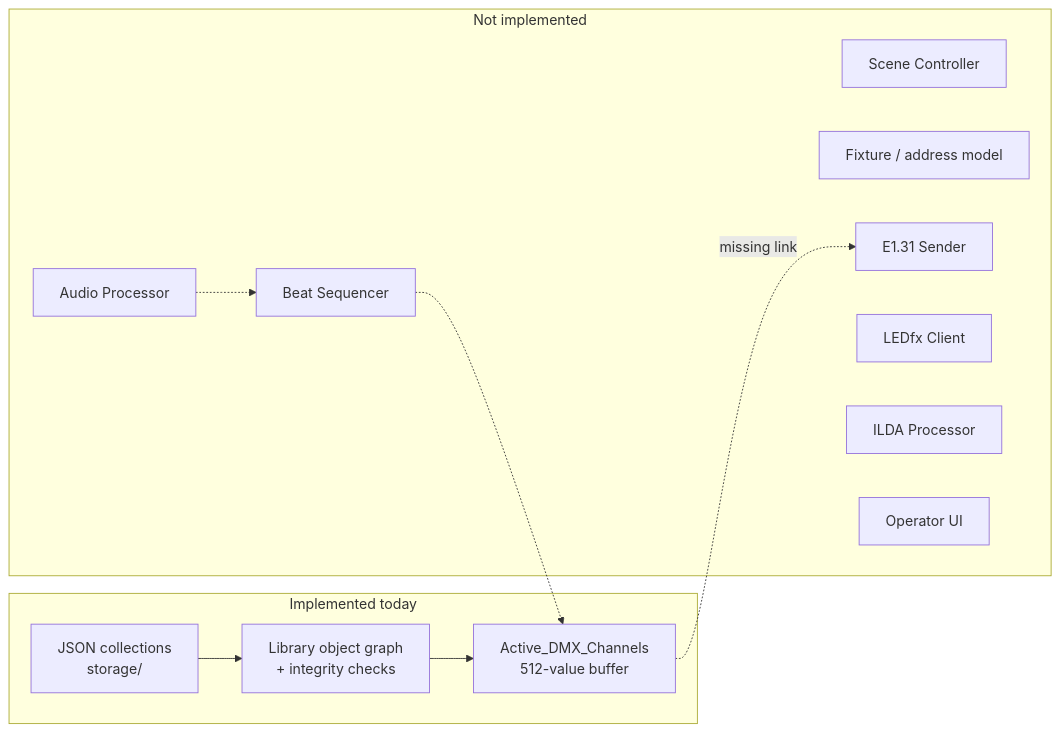
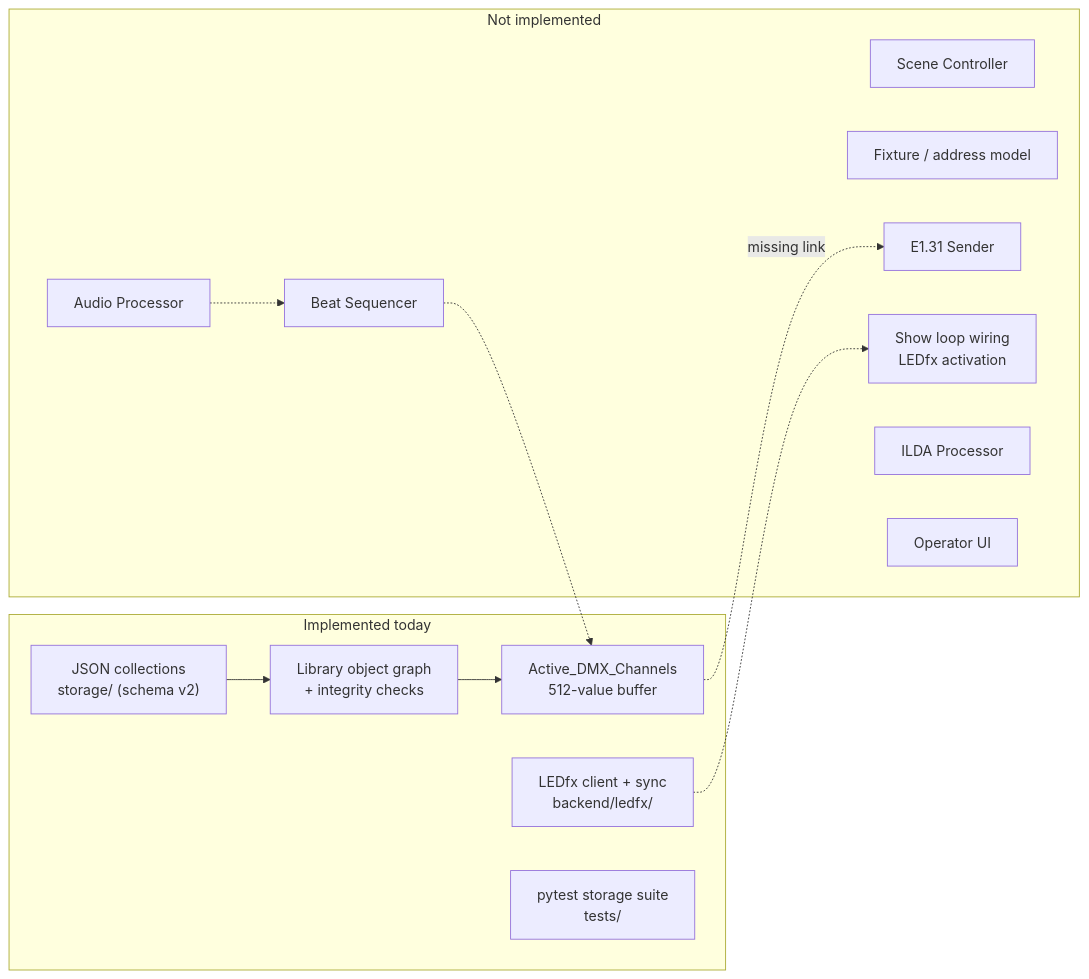
One commit to glane339/lightsappnew changed the diagram in docs/project_overview.md. Above: the diagram before and after it, drawn with Mermaid. The commit also changed other lines of this file and 26 other files, not shown here.

Commit message:
Major architectural bug fix. WLED_Preset_List now in preset instead of wled_preset (mistake earlier). Updated storage routes, and testing for storage. Updated documentaiton.

````diff
--- a/docs/project_overview.md
+++ b/docs/project_overview.md
@@ -166,21 +175,24 @@
 ```mermaid
 flowchart LR
     subgraph now["Implemented today"]
-        S1["JSON collections<br/>storage/"]
+        S1["JSON collections<br/>storage/ (schema v2)"]
         S2["Library object graph<br/>+ integrity checks"]
         S3["Active_DMX_Channels<br/>512-value buffer"]
+        S4["LEDfx client + sync<br/>backend/ledfx/"]
+        S5["pytest storage suite<br/>tests/"]
         S1 --> S2 --> S3
     end
     subgraph gap["Not implemented"]
         G1["Scene Controller"]
         G2["Audio Processor"]
         G3["Beat Sequencer"]
         G4["Fixture / address model"]
         G5["E1.31 Sender"]
-        G6["LEDfx Client"]
+        G6["Show loop wiring<br/>LEDfx activation"]
         G7["ILDA Processor"]
         G8["Operator UI"]
     end
     S3 -.->|"missing link"| G5
+    S4 -.-> G6
     G2 -.-> G3 -.-> S3
 ```
````
